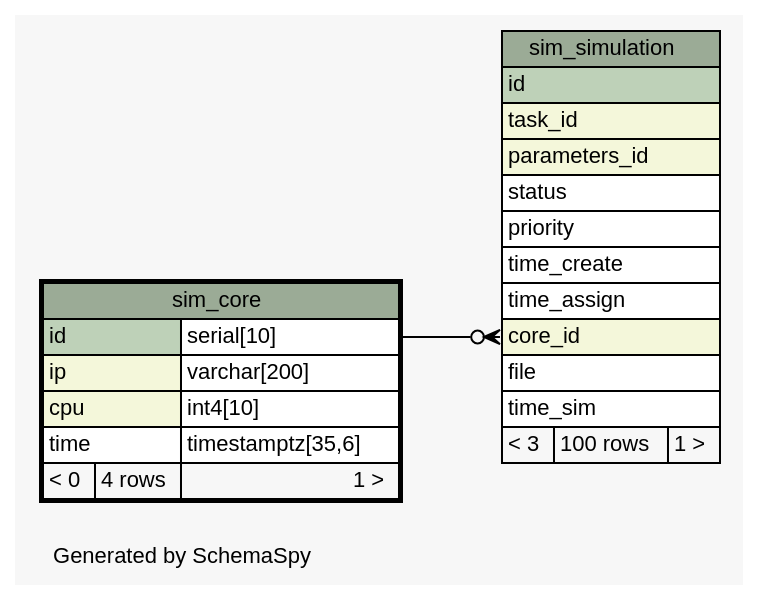
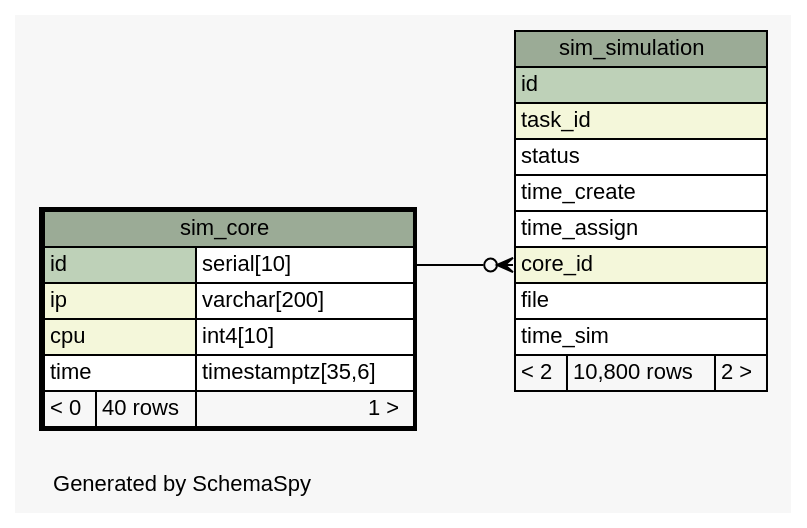
Before and after one commit to jingyayeah/multiscale-galactose: the diagram in database/schema/diagrams/sim_core.1degree.dot, drawn with Graphviz. The commit also changed 101 other files, not shown here.

Commit message:
Database schema updated

```diff
--- a/database/schema/diagrams/sim_core.1degree.dot
+++ b/database/schema/diagrams/sim_core.1degree.dot
@@ -1,55 +1,53 @@
 // dot 2.26.3 on Linux 3.11.0-12-generic
 // SchemaSpy rev 590
 digraph "oneDegreeRelationshipsDiagram" {
   graph [
     rankdir="RL"
     bgcolor="#f7f7f7"
     label="\nGenerated by SchemaSpy"
     labeljust="l"
     nodesep="0.18"
     ranksep="0.46"
     fontname="Helvetica"
     fontsize="11"
   ];
   node [
     fontname="Helvetica"
     fontsize="11"
     shape="plaintext"
   ];
   edge [
     arrowsize="0.8"
   ];
   "sim_simulation":"core_id":w -> "sim_core":"id.type":e [arrowhead=none dir=back arrowtail=crowodot];
   "sim_core" [
     label=<
     <TABLE BORDER="2" CELLBORDER="1" CELLSPACING="0" BGCOLOR="#ffffff">
       <TR><TD COLSPAN="3" BGCOLOR="#9bab96" ALIGN="CENTER">sim_core</TD></TR>
       <TR><TD PORT="id" COLSPAN="2" BGCOLOR="#bed1b8" ALIGN="LEFT">id</TD><TD PORT="id.type" ALIGN="LEFT">serial[10]</TD></TR>
       <TR><TD PORT="ip" COLSPAN="2" BGCOLOR="#f4f7da" ALIGN="LEFT">ip</TD><TD PORT="ip.type" ALIGN="LEFT">varchar[200]</TD></TR>
       <TR><TD PORT="cpu" COLSPAN="2" BGCOLOR="#f4f7da" ALIGN="LEFT">cpu</TD><TD PORT="cpu.type" ALIGN="LEFT">int4[10]</TD></TR>
       <TR><TD PORT="time" COLSPAN="2" ALIGN="LEFT">time</TD><TD PORT="time.type" ALIGN="LEFT">timestamptz[35,6]</TD></TR>
-      <TR><TD ALIGN="LEFT" BGCOLOR="#f7f7f7">&lt; 0</TD><TD ALIGN="RIGHT" BGCOLOR="#f7f7f7">4 rows</TD><TD ALIGN="RIGHT" BGCOLOR="#f7f7f7">1 &gt;</TD></TR>
+      <TR><TD ALIGN="LEFT" BGCOLOR="#f7f7f7">&lt; 0</TD><TD ALIGN="RIGHT" BGCOLOR="#f7f7f7">40 rows</TD><TD ALIGN="RIGHT" BGCOLOR="#f7f7f7">1 &gt;</TD></TR>
     </TABLE>>
     URL="sim_core.html"
     tooltip="sim_core"
   ];
   "sim_simulation" [
     label=<
     <TABLE BORDER="0" CELLBORDER="1" CELLSPACING="0" BGCOLOR="#ffffff">
       <TR><TD COLSPAN="3" BGCOLOR="#9bab96" ALIGN="CENTER">sim_simulation</TD></TR>
       <TR><TD PORT="id" COLSPAN="3" BGCOLOR="#bed1b8" ALIGN="LEFT">id</TD></TR>
       <TR><TD PORT="task_id" COLSPAN="3" BGCOLOR="#f4f7da" ALIGN="LEFT">task_id</TD></TR>
-      <TR><TD PORT="parameters_id" COLSPAN="3" BGCOLOR="#f4f7da" ALIGN="LEFT">parameters_id</TD></TR>
       <TR><TD PORT="status" COLSPAN="3" ALIGN="LEFT">status</TD></TR>
-      <TR><TD PORT="priority" COLSPAN="3" ALIGN="LEFT">priority</TD></TR>
       <TR><TD PORT="time_create" COLSPAN="3" ALIGN="LEFT">time_create</TD></TR>
       <TR><TD PORT="time_assign" COLSPAN="3" ALIGN="LEFT">time_assign</TD></TR>
       <TR><TD PORT="core_id" COLSPAN="3" BGCOLOR="#f4f7da" ALIGN="LEFT">core_id</TD></TR>
       <TR><TD PORT="file" COLSPAN="3" ALIGN="LEFT">file</TD></TR>
       <TR><TD PORT="time_sim" COLSPAN="3" ALIGN="LEFT">time_sim</TD></TR>
-      <TR><TD ALIGN="LEFT" BGCOLOR="#f7f7f7">&lt; 3</TD><TD ALIGN="RIGHT" BGCOLOR="#f7f7f7">100 rows</TD><TD ALIGN="RIGHT" BGCOLOR="#f7f7f7">1 &gt;</TD></TR>
+      <TR><TD ALIGN="LEFT" BGCOLOR="#f7f7f7">&lt; 2</TD><TD ALIGN="RIGHT" BGCOLOR="#f7f7f7">10,800 rows</TD><TD ALIGN="RIGHT" BGCOLOR="#f7f7f7">2 &gt;</TD></TR>
     </TABLE>>
     URL="sim_simulation.html"
     tooltip="sim_simulation"
   ];
 }
```
